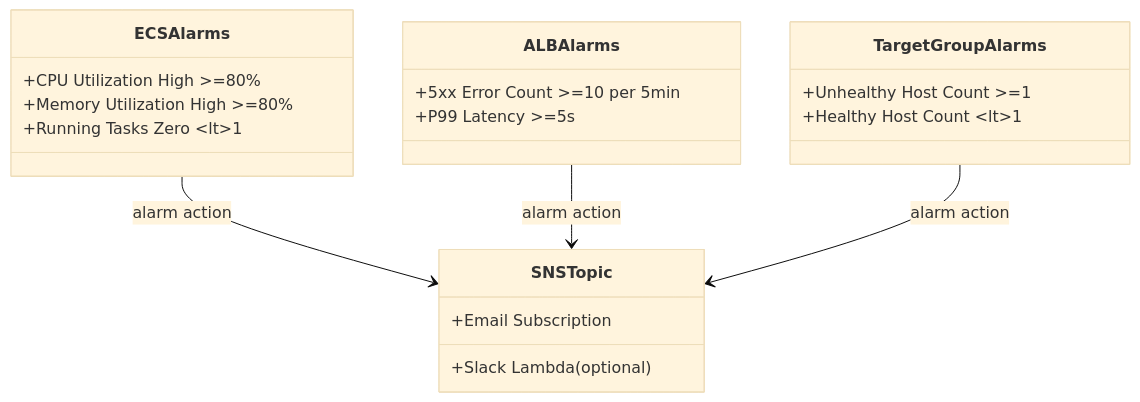
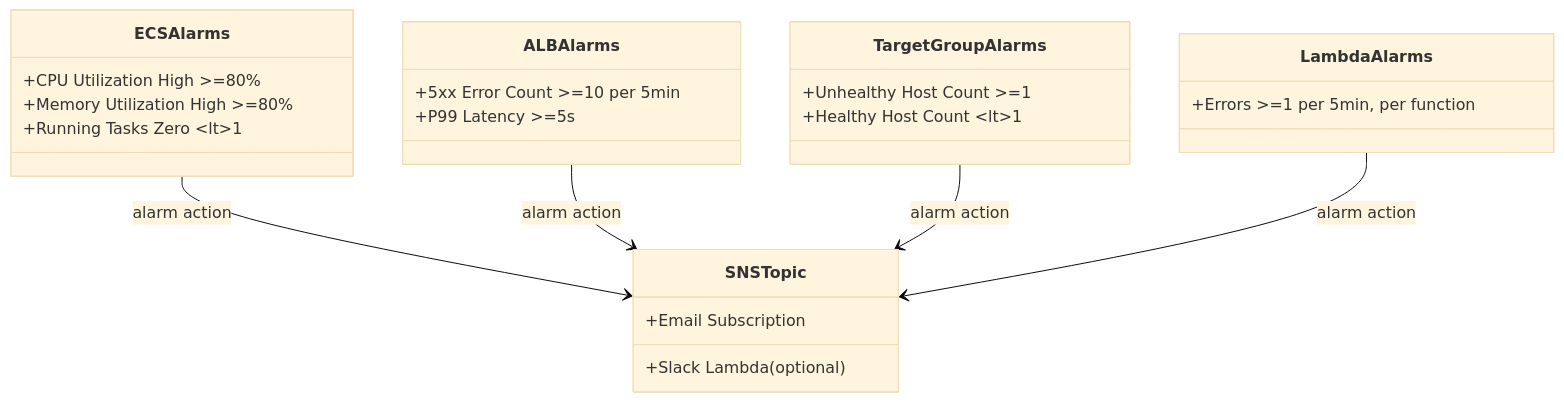
Before and after one commit to Sage-Bionetworks-IT/aws-cdk-ecs-infra-template: the second of 3 diagrams in README.md, drawn with Mermaid (base theme). The commit also changed other lines of this file and 7 other files, not shown here.

````diff
--- a/README.md
+++ b/README.md
@@ -322,24 +332,28 @@
 ```mermaid
 classDiagram
     class ECSAlarms {
         +CPU Utilization High >=80%
         +Memory Utilization High >=80%
         +Running Tasks Zero ~lt~1
     }
     class ALBAlarms {
         +5xx Error Count >=10 per 5min
         +P99 Latency >=5s
     }
     class TargetGroupAlarms {
         +Unhealthy Host Count >=1
         +Healthy Host Count ~lt~1
     }
+    class LambdaAlarms {
+        +Errors >=1 per 5min, per function
+    }
     class SNSTopic {
         +Email Subscription
         +Slack Lambda (optional)
     }
 
     ECSAlarms --> SNSTopic : alarm action
     ALBAlarms --> SNSTopic : alarm action
     TargetGroupAlarms --> SNSTopic : alarm action
+    LambdaAlarms --> SNSTopic : alarm action
 ```
````
